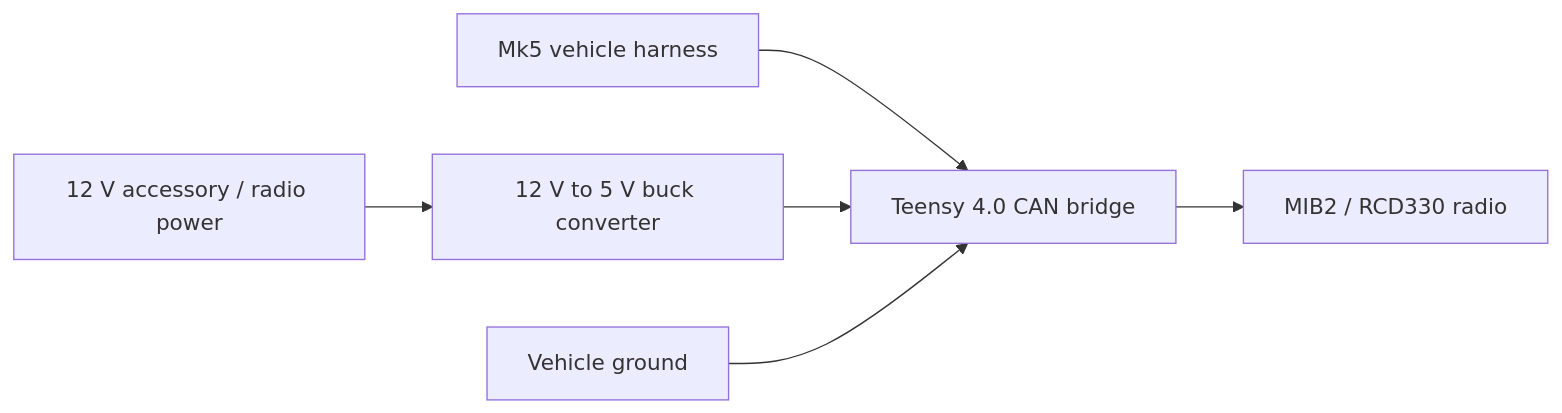
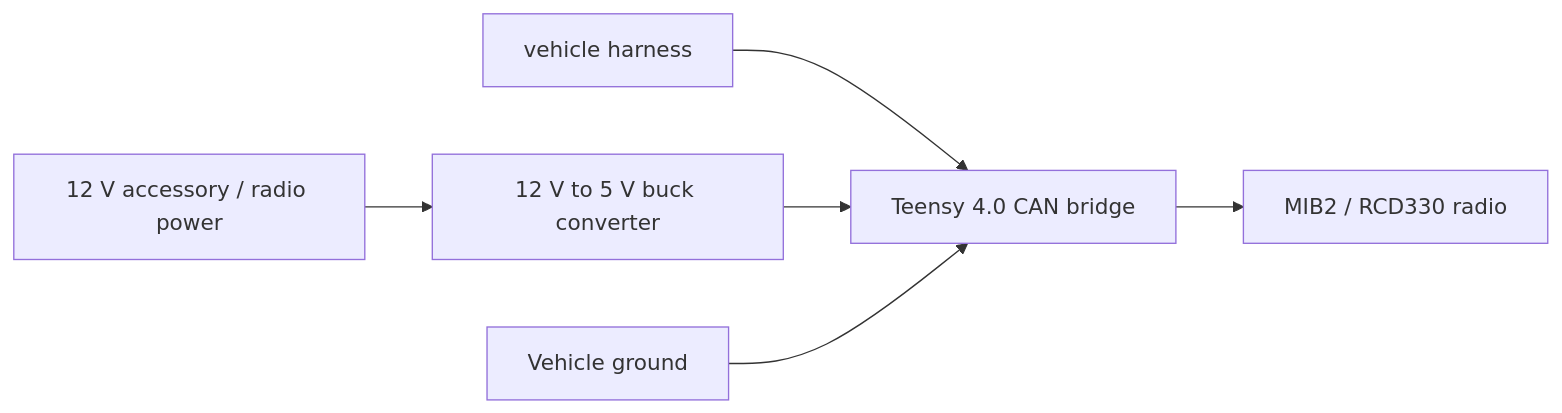
One commit to tehfalcon-vw/MIB2-Can-Bridge-MK5-B6 changed the first of 2 diagrams in README.md. Above: the diagram before and after it, drawn with Mermaid.

````diff
--- a/README.md
+++ b/README.md
@@ -68,8 +68,8 @@
 ```mermaid
 flowchart LR
-    car["Mk5 vehicle harness"] --> bridge["Teensy 4.0 CAN bridge"]
+    car["vehicle harness"] --> bridge["Teensy 4.0 CAN bridge"]
     bridge --> radio["MIB2 / RCD330 radio"]
     power["12 V accessory / radio power"] --> buck["12 V to 5 V buck converter"]
     buck --> bridge
     ground["Vehicle ground"] --> bridge
 ```
````
